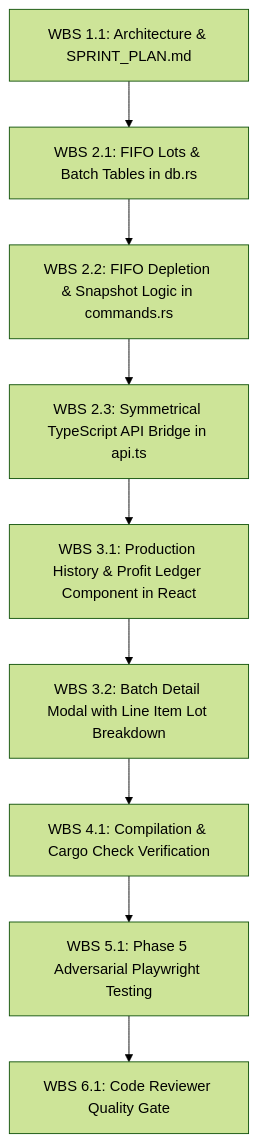
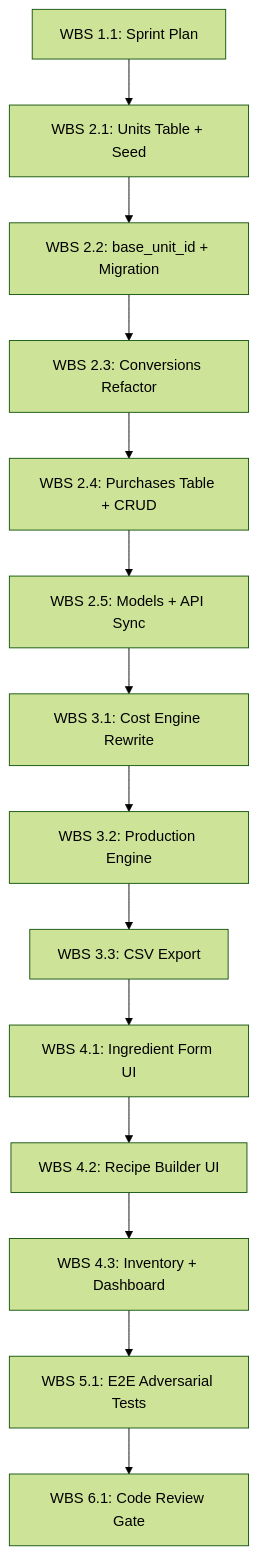
Before and after one commit to AladdineAlcala/Pricing-Calculator-Application: the first of 3 diagrams in docs/SPRINT_PLAN.md, drawn with Mermaid (forest theme). The commit also changed other lines of this file and 13 other files, not shown here.

````diff
--- a/docs/SPRINT_PLAN.md
+++ b/docs/SPRINT_PLAN.md
@@ -171,11 +363,16 @@
 ```mermaid
 graph TD
-    A[WBS 1.1: Architecture & SPRINT_PLAN.md] --> B[WBS 2.1: FIFO Lots & Batch Tables in db.rs]
-    B --> C[WBS 2.2: FIFO Depletion & Snapshot Logic in commands.rs]
-    C --> D[WBS 2.3: Symmetrical TypeScript API Bridge in api.ts]
-    D --> E[WBS 3.1: Production History & Profit Ledger Component in React]
-    E --> F[WBS 3.2: Batch Detail Modal with Line Item Lot Breakdown]
-    F --> G[WBS 4.1: Compilation & Cargo Check Verification]
-    G --> H[WBS 5.1: Phase 5 Adversarial Playwright Testing]
-    H --> I[WBS 6.1: Code Reviewer Quality Gate]
+    A["WBS 1.1: Sprint Plan"] --> B["WBS 2.1: Units Table + Seed"]
+    B --> C["WBS 2.2: base_unit_id + Migration"]
+    C --> D["WBS 2.3: Conversions Refactor"]
+    D --> E["WBS 2.4: Purchases Table + CRUD"]
+    E --> F["WBS 2.5: Models + API Sync"]
+    F --> G["WBS 3.1: Cost Engine Rewrite"]
+    G --> H["WBS 3.2: Production Engine"]
+    H --> I["WBS 3.3: CSV Export"]
+    I --> J["WBS 4.1: Ingredient Form UI"]
+    J --> K["WBS 4.2: Recipe Builder UI"]
+    K --> L["WBS 4.3: Inventory + Dashboard"]
+    L --> M["WBS 5.1: E2E Adversarial Tests"]
+    M --> N["WBS 6.1: Code Review Gate"]
 ```
````
